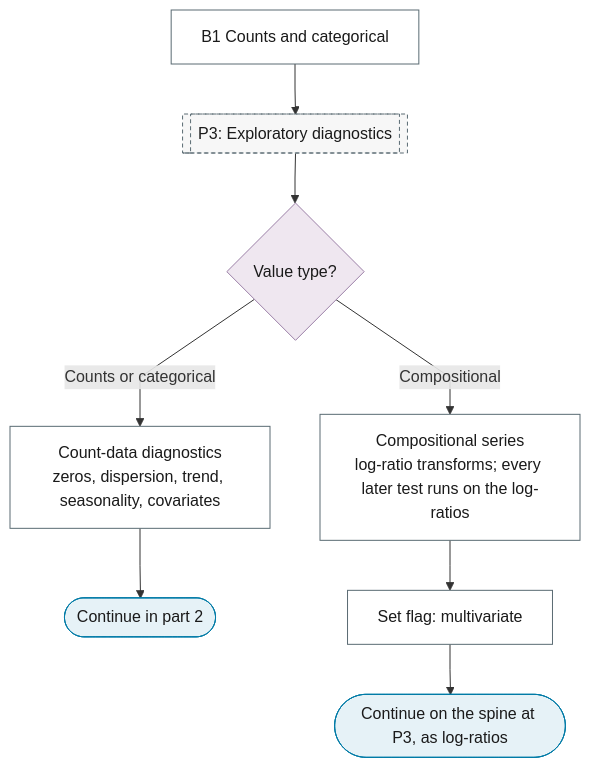
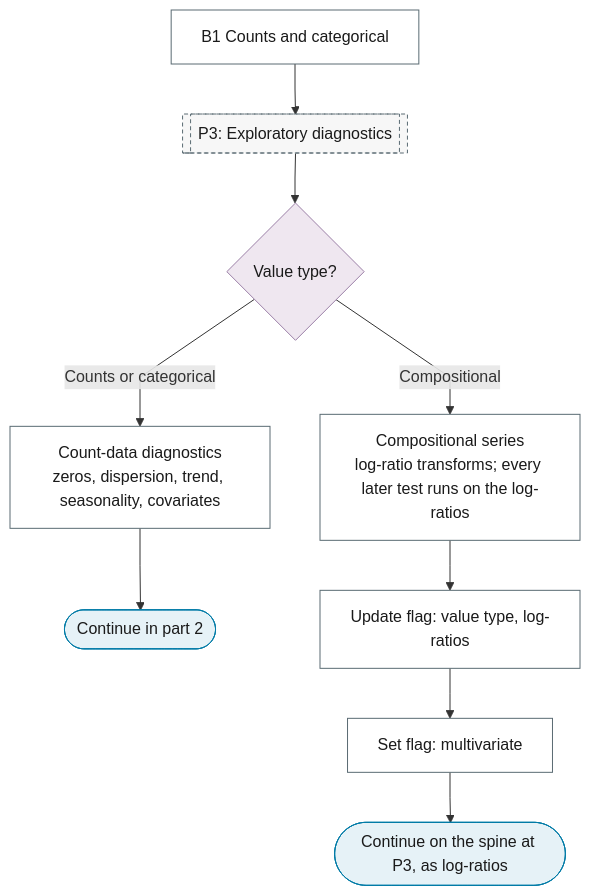
The first of 5 diagrams in docs/reference/16-count-categorical/index.md (Shuxin-Y/time-series-analysis-manual), drawn with Mermaid before and after one commit. The commit also changed other lines of this file and 17 other files, not shown here.

First line of the commit message:
fix(charts): round-3 review fixes to seasonality, thresholds and branch flags

````diff
--- a/docs/reference/16-count-categorical/index.md
+++ b/docs/reference/16-count-categorical/index.md
@@ -9,23 +9,24 @@
 ```mermaid
 %%{init: {"flowchart": {"curve": "linear"}}}%%
 graph TD
     B1["B1 Counts and categorical"] --> P3[["P3: Exploratory diagnostics"]]
     P3 --> B1_VALUE{"Value type?"}
     B1_VALUE -->|"Counts or categorical"| B1_COUNT_EDA["Count-data diagnostics<br/>zeros, dispersion, trend, seasonality, covariates"]
     B1_VALUE -->|"Compositional"| B1_COMPOSITIONAL["Compositional series<br/>log-ratio transforms; every later test runs on the log-ratios"]
     B1_COUNT_EDA --> B1_TO_PART_2(["Continue in part 2"])
-    B1_COMPOSITIONAL --> B1_MULTIVARIATE_FLAG["Set flag: multivariate"]
+    B1_COMPOSITIONAL --> B1_LOGRATIO_FLAG["Update flag: value type, log-ratios"]
+    B1_LOGRATIO_FLAG --> B1_MULTIVARIATE_FLAG["Set flag: multivariate"]
     B1_MULTIVARIATE_FLAG --> B1_COMPOSITIONAL_OUT(["Continue on the spine at P3, as log-ratios"])
     class B1_TO_PART_2,B1_COMPOSITIONAL_OUT terminator
     class B1_VALUE decision
-    class B1,B1_COUNT_EDA,B1_COMPOSITIONAL,B1_MULTIVARIATE_FLAG process
+    class B1,B1_COUNT_EDA,B1_COMPOSITIONAL,B1_LOGRATIO_FLAG,B1_MULTIVARIATE_FLAG process
     class P3 ref
     classDef terminator fill:#E6F2F7,stroke:#007BA7,color:#1A1A1A;
     classDef process fill:#FFFFFF,stroke:#5A6B73,color:#1A1A1A;
     classDef decision fill:#EFE7F0,stroke:#9B7FA7,color:#1A1A1A;
     classDef data fill:#FFF4E0,stroke:#C9A55E,color:#1A1A1A;
     classDef good fill:#DCEFD8,stroke:#4A7A3F,color:#1A1A1A;
     classDef escalate fill:#FFE9C2,stroke:#C9A55E,color:#1A1A1A;
     classDef problem fill:#F2D9DE,stroke:#800020,color:#1A1A1A;
     classDef ref fill:#F7F7F7,stroke:#5A6B73,color:#1A1A1A,stroke-dasharray:4 3;
 ```
````
